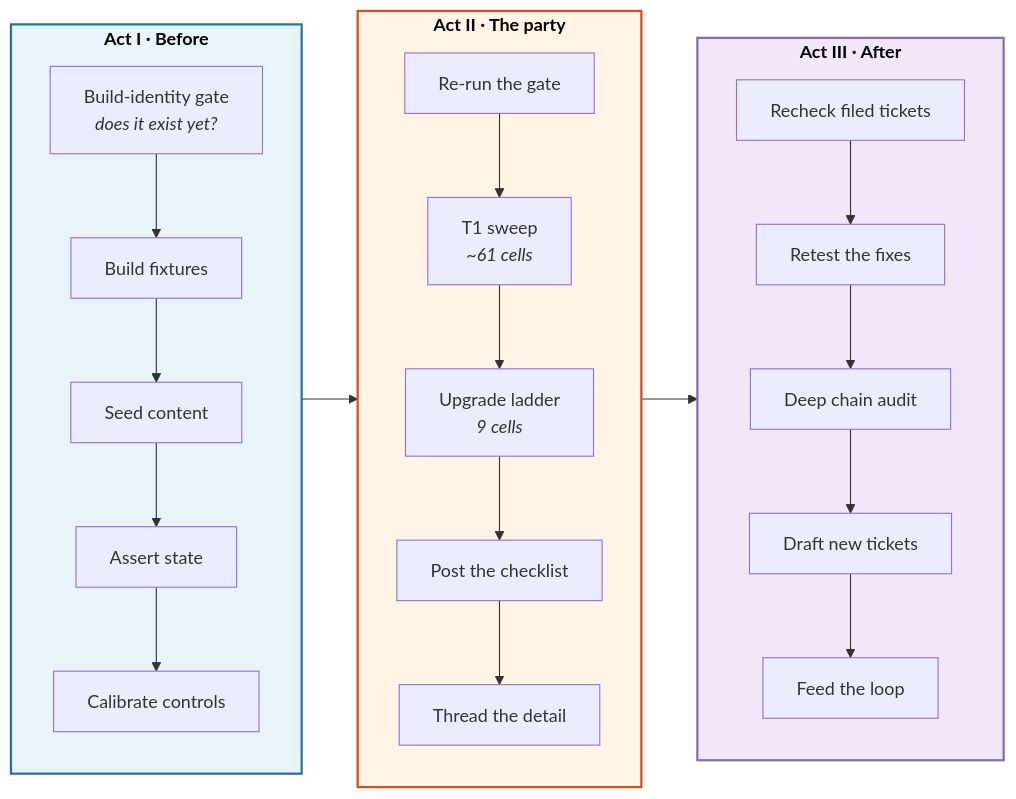
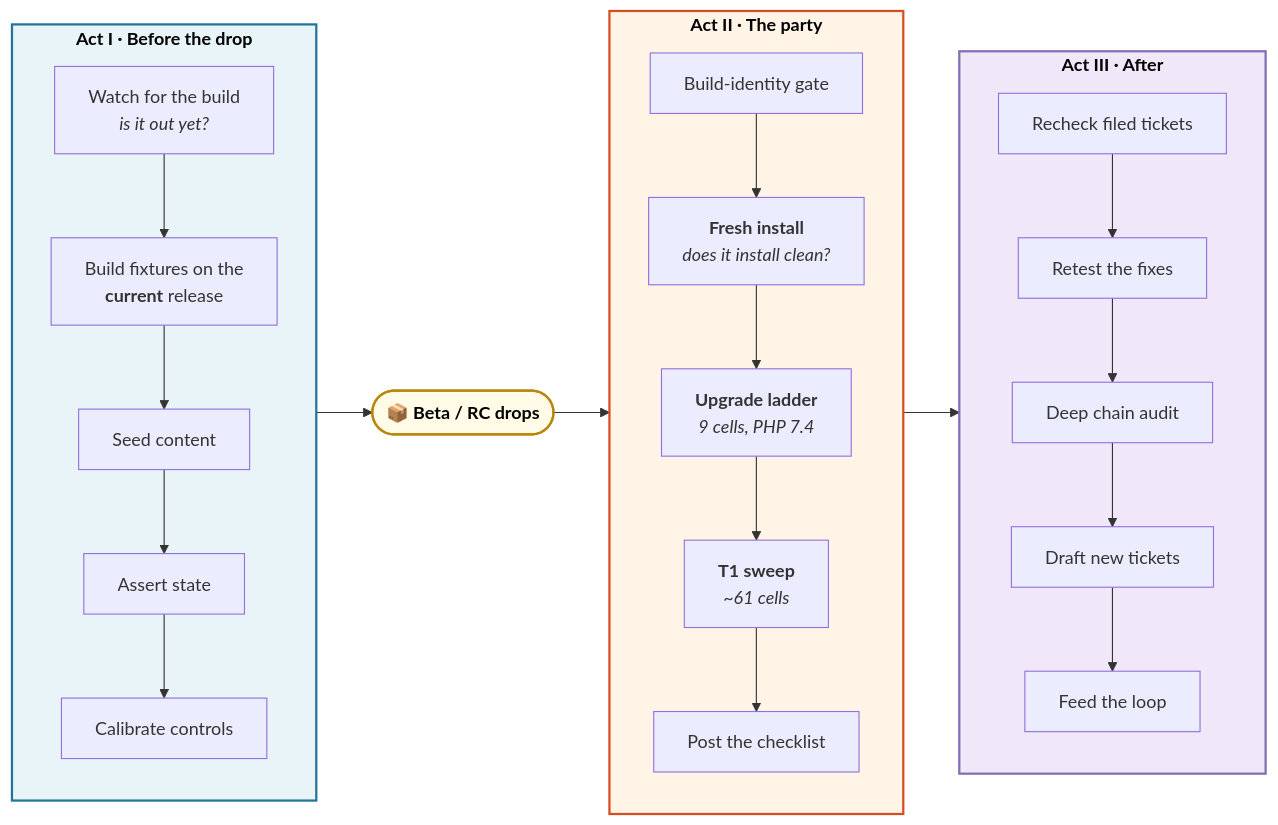
The third of 5 diagrams in README.md (courtneyr-dev/wp-release-audit-method), drawn with Mermaid before and after one commit. The commit also changed other lines of this file, not shown here.

First line of the commit message:
🔀 Move Act I before the beta drops; add fresh install and surface coverage

````diff
--- a/README.md
+++ b/README.md
@@ -344,33 +349,36 @@
 ```mermaid
 flowchart LR
-    subgraph ACT1["<b>Act I · Before</b>"]
+    subgraph ACT1["<b>Act I · Before the drop</b>"]
         direction TB
-        A1["Build-identity gate<br/><i>does it exist yet?</i>"] --> A2["Build fixtures"]
+        A1["Watch for the build<br/><i>is it out yet?</i>"] --> A2["Build fixtures on the<br/><b>current</b> release"]
         A2 --> A3["Seed content"]
         A3 --> A4["Assert state"]
         A4 --> A5["Calibrate controls"]
     end
 
+    DROP(["📦 <b>Beta / RC drops</b>"])
+
     subgraph ACT2["<b>Act II · The party</b>"]
         direction TB
-        B1["Re-run the gate"] --> B2["T1 sweep<br/><i>~61 cells</i>"]
-        B2 --> B3["Upgrade ladder<br/><i>9 cells</i>"]
-        B3 --> B4["Post the checklist"]
-        B4 --> B5["Thread the detail"]
+        B1["Build-identity gate"] --> B2["<b>Fresh install</b><br/><i>does it install clean?</i>"]
+        B2 --> B3["<b>Upgrade ladder</b><br/><i>9 cells, PHP 7.4</i>"]
+        B3 --> B4["<b>T1 sweep</b><br/><i>~61 cells</i>"]
+        B4 --> B5["Post the checklist"]
     end
 
     subgraph ACT3["<b>Act III · After</b>"]
         direction TB
         C1["Recheck filed tickets"] --> C2["Retest the fixes"]
         C2 --> C3["Deep chain audit"]
         C3 --> C4["Draft new tickets"]
         C4 --> C5["Feed the loop"]
     end
 
-    A5 --> B1
+    A5 --> DROP --> B1
     B5 --> C1
 
     style ACT1 fill:#e8f4f8,stroke:#21759B,stroke-width:2px,color:#000
+    style DROP fill:#fffbe6,stroke:#b8860b,stroke-width:2px,color:#000
     style ACT2 fill:#fff4e6,stroke:#D54E21,stroke-width:2px,color:#000
     style ACT3 fill:#f0e8f8,stroke:#826EB4,stroke-width:2px,color:#000
 ```
````
